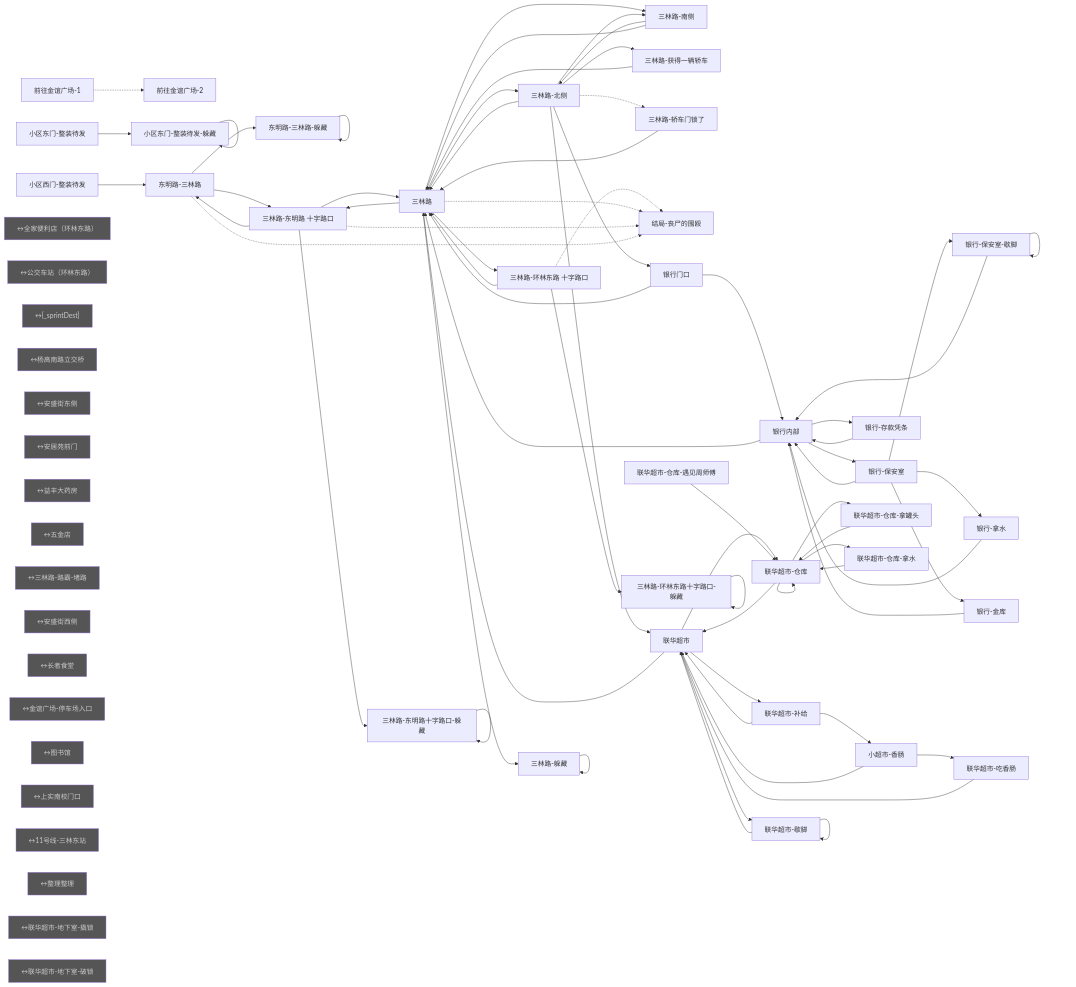
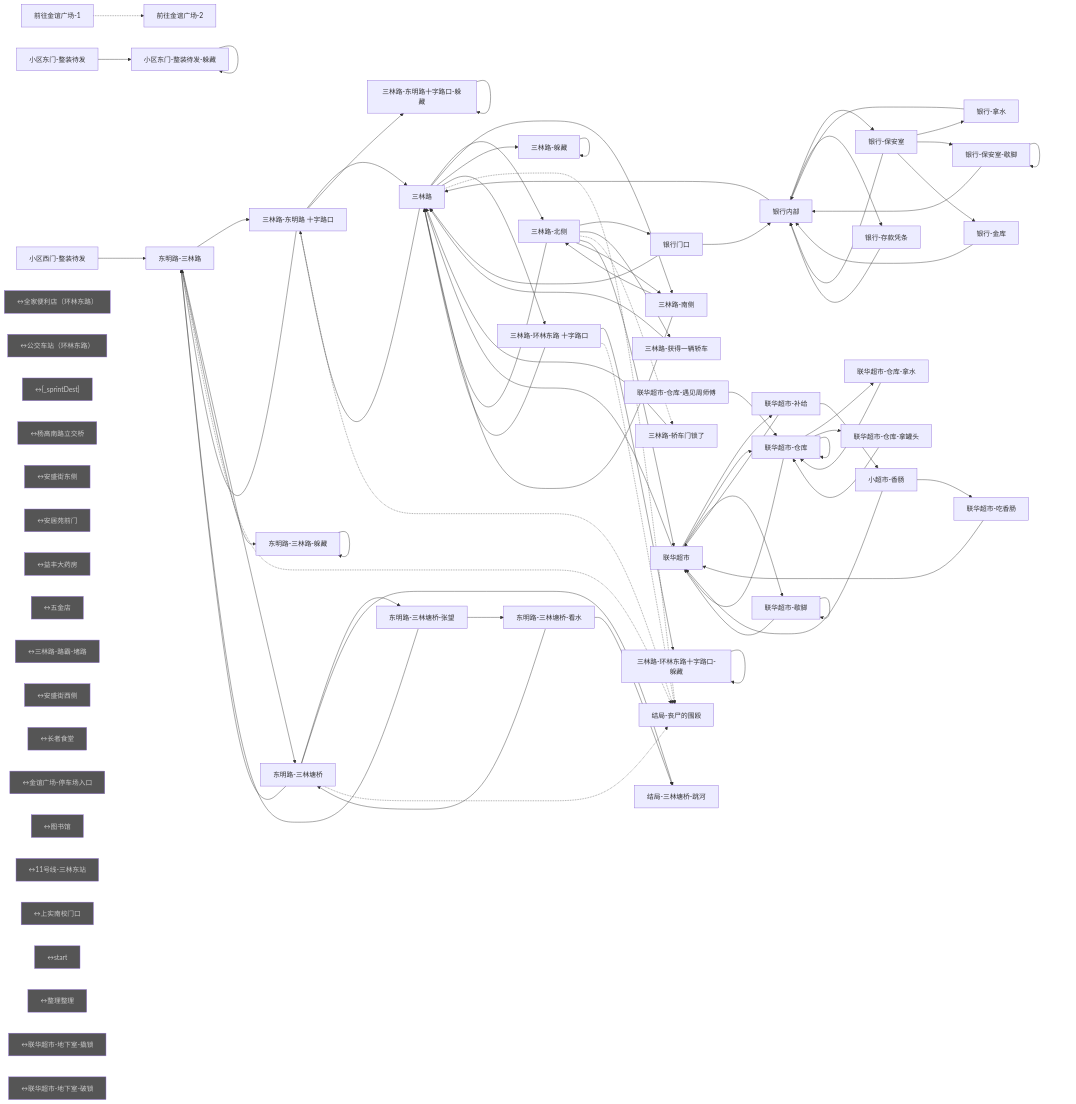
The diagram in tools/graph-report/东明街道_东明街道路径.js.mmd (bobomymz/Plot-Game), drawn with Mermaid before and after one commit. The commit also changed 25 other files, not shown here.

```diff
--- a/tools/graph-report/东明街道_东明街道路径.js.mmd
+++ b/tools/graph-report/东明街道_东明街道路径.js.mmd
@@ -1,120 +1,134 @@
 flowchart LR
   n0["小区东门-整装待发"]
   n1["小区西门-整装待发"]
   n2["三林路-环林东路 十字路口"]
   n3["三林路"]
   n4["三林路-北侧"]
   n5["三林路-南侧"]
   n6["三林路-东明路 十字路口"]
   n7["前往金谊广场-1"]
   n8["前往金谊广场-2"]
   n9["三林路-获得一辆轿车"]
   n10["三林路-轿车门锁了"]
   n11["东明路-三林路"]
-  n12["结局-丧尸的围殴"]
-  n13["银行门口"]
-  n14["银行内部"]
-  n15["银行-保安室"]
-  n16["银行-保安室-歇脚"]
-  n17["银行-拿水"]
-  n18["银行-金库"]
-  n19["银行-存款凭条"]
-  n20["联华超市"]
-  n21["小超市-香肠"]
-  n22["联华超市-吃香肠"]
-  n23["联华超市-补给"]
-  n24["联华超市-歇脚"]
-  n25["联华超市-仓库-遇见周师傅"]
-  n26["联华超市-仓库"]
-  n27["联华超市-仓库-拿罐头"]
-  n28["联华超市-仓库-拿水"]
-  n29["小区东门-整装待发-躲藏"]
-  n30["三林路-环林东路十字路口-躲藏"]
-  n31["三林路-躲藏"]
-  n32["三林路-东明路十字路口-躲藏"]
-  n33["东明路-三林路-躲藏"]
-  n34["↔全家便利店（环林东路）"]:::ext
-  n35["↔公交车站（环林东路）"]:::ext
-  n36["↔{_sprintDest}"]:::ext
-  n37["↔杨高南路立交桥"]:::ext
-  n38["↔安盛街东侧"]:::ext
-  n39["↔安居苑前门"]:::ext
-  n40["↔益丰大药房"]:::ext
-  n41["↔五金店"]:::ext
-  n42["↔三林路-路霸-堵路"]:::ext
-  n43["↔安盛街西侧"]:::ext
-  n44["↔长者食堂"]:::ext
-  n45["↔金谊广场-停车场入口"]:::ext
-  n46["↔图书馆"]:::ext
-  n47["↔上实南校门口"]:::ext
-  n48["↔11号线-三林东站"]:::ext
-  n49["↔整理整理"]:::ext
-  n50["↔联华超市-地下室-撬锁"]:::ext
-  n51["↔联华超市-地下室-破锁"]:::ext
-  n0 --> n29
+  n12["东明路-三林塘桥"]
+  n13["东明路-三林塘桥-张望"]
+  n14["东明路-三林塘桥-看水"]
+  n15["结局-三林塘桥-跳河"]
+  n16["结局-丧尸的围殴"]
+  n17["银行门口"]
+  n18["银行内部"]
+  n19["银行-保安室"]
+  n20["银行-保安室-歇脚"]
+  n21["银行-拿水"]
+  n22["银行-金库"]
+  n23["银行-存款凭条"]
+  n24["联华超市"]
+  n25["小超市-香肠"]
+  n26["联华超市-吃香肠"]
+  n27["联华超市-补给"]
+  n28["联华超市-歇脚"]
+  n29["联华超市-仓库-遇见周师傅"]
+  n30["联华超市-仓库"]
+  n31["联华超市-仓库-拿罐头"]
+  n32["联华超市-仓库-拿水"]
+  n33["小区东门-整装待发-躲藏"]
+  n34["三林路-环林东路十字路口-躲藏"]
+  n35["三林路-躲藏"]
+  n36["三林路-东明路十字路口-躲藏"]
+  n37["东明路-三林路-躲藏"]
+  n38["↔全家便利店（环林东路）"]:::ext
+  n39["↔公交车站（环林东路）"]:::ext
+  n40["↔{_sprintDest}"]:::ext
+  n41["↔杨高南路立交桥"]:::ext
+  n42["↔安盛街东侧"]:::ext
+  n43["↔安居苑前门"]:::ext
+  n44["↔益丰大药房"]:::ext
+  n45["↔五金店"]:::ext
+  n46["↔三林路-路霸-堵路"]:::ext
+  n47["↔安盛街西侧"]:::ext
+  n48["↔长者食堂"]:::ext
+  n49["↔金谊广场-停车场入口"]:::ext
+  n50["↔图书馆"]:::ext
+  n51["↔11号线-三林东站"]:::ext
+  n52["↔上实南校门口"]:::ext
+  n53["↔start"]:::ext
+  n54["↔整理整理"]:::ext
+  n55["↔联华超市-地下室-撬锁"]:::ext
+  n56["↔联华超市-地下室-破锁"]:::ext
+  n0 --> n33
   n1 --> n11
   n2 --> n3
-  n2 --> n30
-  n2 -.-> n12
+  n2 --> n34
+  n2 -.-> n16
   n3 --> n4
   n3 --> n5
-  n3 --> n31
+  n3 --> n35
   n3 --> n2
   n3 --> n6
-  n3 -.-> n12
-  n4 --> n13
+  n3 -.-> n16
+  n4 --> n17
   n4 --> n9
   n4 -.-> n10
-  n4 --> n20
+  n4 --> n24
   n4 --> n5
   n4 --> n3
   n5 --> n4
   n5 --> n3
   n6 --> n11
   n6 --> n3
-  n6 --> n32
-  n6 -.-> n12
+  n6 --> n36
+  n6 -.-> n16
   n7 -.-> n8
   n9 --> n3
   n10 --> n3
   n11 --> n6
-  n11 --> n33
-  n11 -.-> n12
+  n11 --> n12
+  n11 --> n37
+  n11 -.-> n16
+  n12 --> n13
+  n12 --> n11
+  n12 --> n15
+  n12 -.-> n16
+  n13 --> n11
   n13 --> n14
-  n13 --> n3
+  n14 --> n12
   n14 --> n15
-  n14 --> n19
-  n14 --> n3
-  n15 --> n17
-  n15 --> n16
-  n15 --> n18
-  n15 --> n14
-  n16 --> n16
-  n16 --> n14
-  n17 --> n14
-  n18 --> n14
-  n19 --> n14
-  n20 --> n23
-  n20 --> n26
-  n20 --> n24
-  n20 --> n3
-  n21 --> n22
-  n21 --> n20
-  n22 --> n20
-  n23 --> n20
-  n23 --> n21
-  n24 --> n24
-  n24 --> n20
+  n17 --> n18
+  n17 --> n3
+  n18 --> n19
+  n18 --> n23
+  n18 --> n3
+  n19 --> n21
+  n19 --> n20
+  n19 --> n22
+  n19 --> n18
+  n20 --> n20
+  n20 --> n18
+  n21 --> n18
+  n22 --> n18
+  n23 --> n18
+  n24 --> n27
+  n24 --> n30
+  n24 --> n28
+  n24 --> n3
   n25 --> n26
-  n26 --> n28
-  n26 --> n27
-  n26 --> n20
-  n26 --> n26
-  n27 --> n26
-  n28 --> n26
-  n29 --> n29
+  n25 --> n24
+  n26 --> n24
+  n27 --> n24
+  n27 --> n25
+  n28 --> n28
+  n28 --> n24
+  n29 --> n30
+  n30 --> n32
+  n30 --> n31
+  n30 --> n24
   n30 --> n30
-  n31 --> n31
-  n32 --> n32
+  n31 --> n30
+  n32 --> n30
   n33 --> n33
+  n34 --> n34
+  n35 --> n35
+  n36 --> n36
+  n37 --> n37
   classDef ext fill:#555,color:#ccc;
```
